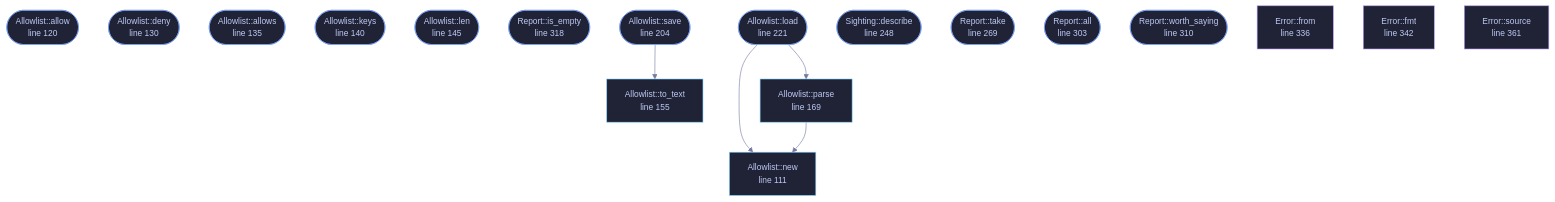
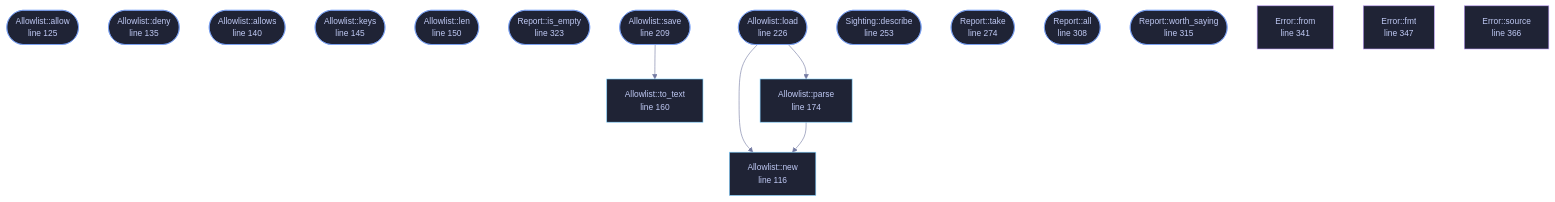
One commit to tilas01/veilvoice changed the diagram in docs/files/veilvoice-capture/lib.md. Above: the diagram before and after it, drawn with Mermaid. The commit also changed other lines of this file and 76 other files, not shown here.

````diff
--- a/docs/files/veilvoice-capture/lib.md
+++ b/docs/files/veilvoice-capture/lib.md
@@ -137,52 +137,52 @@
 ```mermaid
 %%{init: {"theme":"base","themeVariables":{"background":"#1a1b26","primaryColor":"#1f2335","primaryTextColor":"#c0caf5","primaryBorderColor":"#7aa2f7","secondaryColor":"#16161e","tertiaryColor":"#16161e","lineColor":"#737aa2","textColor":"#c0caf5","mainBkg":"#1f2335","nodeBorder":"#7aa2f7","clusterBkg":"#16161e","clusterBorder":"#2f3549","fontFamily":"ui-monospace, SFMono-Regular, Consolas, monospace","fontSize":"14px"}}}%%
 flowchart TD
-    n_new["Allowlist::new<br/>line 111"]
-    n_allow(["Allowlist::allow<br/>line 120"])
-    n_deny(["Allowlist::deny<br/>line 130"])
-    n_allows(["Allowlist::allows<br/>line 135"])
-    n_keys(["Allowlist::keys<br/>line 140"])
-    n_len(["Allowlist::len<br/>line 145"])
-    n_is_empty(["Allowlist::is_empty<br/>line 150"])
-    n_to_text["Allowlist::to_text<br/>line 155"]
-    n_parse["Allowlist::parse<br/>line 169"]
-    n_save(["Allowlist::save<br/>line 204"])
-    n_load(["Allowlist::load<br/>line 221"])
-    n_describe(["Sighting::describe<br/>line 248"])
-    n_take(["Report::take<br/>line 269"])
-    n_all(["Report::all<br/>line 303"])
-    n_worth_saying(["Report::worth_saying<br/>line 310"])
-    n_is_empty(["Report::is_empty<br/>line 318"])
-    n_from["Error::from<br/>line 336"]
-    n_fmt["Error::fmt<br/>line 342"]
-    n_source["Error::source<br/>line 361"]
+    n_new["Allowlist::new<br/>line 116"]
+    n_allow(["Allowlist::allow<br/>line 125"])
+    n_deny(["Allowlist::deny<br/>line 135"])
+    n_allows(["Allowlist::allows<br/>line 140"])
+    n_keys(["Allowlist::keys<br/>line 145"])
+    n_len(["Allowlist::len<br/>line 150"])
+    n_is_empty(["Allowlist::is_empty<br/>line 155"])
+    n_to_text["Allowlist::to_text<br/>line 160"]
+    n_parse["Allowlist::parse<br/>line 174"]
+    n_save(["Allowlist::save<br/>line 209"])
+    n_load(["Allowlist::load<br/>line 226"])
+    n_describe(["Sighting::describe<br/>line 253"])
+    n_take(["Report::take<br/>line 274"])
+    n_all(["Report::all<br/>line 308"])
+    n_worth_saying(["Report::worth_saying<br/>line 315"])
+    n_is_empty(["Report::is_empty<br/>line 323"])
+    n_from["Error::from<br/>line 341"]
+    n_fmt["Error::fmt<br/>line 347"]
+    n_source["Error::source<br/>line 366"]
     n_load --> n_new
     n_load --> n_parse
     n_parse --> n_new
     n_save --> n_to_text
-    click n_new href "https://github.com/tilas01/veilvoice/blob/main/crates/veilvoice-capture/src/lib.rs#L111" "open the source"
-    click n_allow href "https://github.com/tilas01/veilvoice/blob/main/crates/veilvoice-capture/src/lib.rs#L120" "open the source"
-    click n_deny href "https://github.com/tilas01/veilvoice/blob/main/crates/veilvoice-capture/src/lib.rs#L130" "open the source"
-    click n_allows href "https://github.com/tilas01/veilvoice/blob/main/crates/veilvoice-capture/src/lib.rs#L135" "open the source"
-    click n_keys href "https://github.com/tilas01/veilvoice/blob/main/crates/veilvoice-capture/src/lib.rs#L140" "open the source"
-    click n_len href "https://github.com/tilas01/veilvoice/blob/main/crates/veilvoice-capture/src/lib.rs#L145" "open the source"
-    click n_is_empty href "https://github.com/tilas01/veilvoice/blob/main/crates/veilvoice-capture/src/lib.rs#L150" "open the source"
-    click n_to_text href "https://github.com/tilas01/veilvoice/blob/main/crates/veilvoice-capture/src/lib.rs#L155" "open the source"
-    click n_parse href "https://github.com/tilas01/veilvoice/blob/main/crates/veilvoice-capture/src/lib.rs#L169" "open the source"
-    click n_save href "https://github.com/tilas01/veilvoice/blob/main/crates/veilvoice-capture/src/lib.rs#L204" "open the source"
-    click n_load href "https://github.com/tilas01/veilvoice/blob/main/crates/veilvoice-capture/src/lib.rs#L221" "open the source"
-    click n_describe href "https://github.com/tilas01/veilvoice/blob/main/crates/veilvoice-capture/src/lib.rs#L248" "open the source"
-    click n_take href "https://github.com/tilas01/veilvoice/blob/main/crates/veilvoice-capture/src/lib.rs#L269" "open the source"
-    click n_all href "https://github.com/tilas01/veilvoice/blob/main/crates/veilvoice-capture/src/lib.rs#L303" "open the source"
-    click n_worth_saying href "https://github.com/tilas01/veilvoice/blob/main/crates/veilvoice-capture/src/lib.rs#L310" "open the source"
-    click n_is_empty href "https://github.com/tilas01/veilvoice/blob/main/crates/veilvoice-capture/src/lib.rs#L318" "open the source"
-    click n_from href "https://github.com/tilas01/veilvoice/blob/main/crates/veilvoice-capture/src/lib.rs#L336" "open the source"
-    click n_fmt href "https://github.com/tilas01/veilvoice/blob/main/crates/veilvoice-capture/src/lib.rs#L342" "open the source"
-    click n_source href "https://github.com/tilas01/veilvoice/blob/main/crates/veilvoice-capture/src/lib.rs#L361" "open the source"
+    click n_new href "https://github.com/tilas01/veilvoice/blob/main/crates/veilvoice-capture/src/lib.rs#L116" "open the source"
+    click n_allow href "https://github.com/tilas01/veilvoice/blob/main/crates/veilvoice-capture/src/lib.rs#L125" "open the source"
+    click n_deny href "https://github.com/tilas01/veilvoice/blob/main/crates/veilvoice-capture/src/lib.rs#L135" "open the source"
+    click n_allows href "https://github.com/tilas01/veilvoice/blob/main/crates/veilvoice-capture/src/lib.rs#L140" "open the source"
+    click n_keys href "https://github.com/tilas01/veilvoice/blob/main/crates/veilvoice-capture/src/lib.rs#L145" "open the source"
+    click n_len href "https://github.com/tilas01/veilvoice/blob/main/crates/veilvoice-capture/src/lib.rs#L150" "open the source"
+    click n_is_empty href "https://github.com/tilas01/veilvoice/blob/main/crates/veilvoice-capture/src/lib.rs#L155" "open the source"
+    click n_to_text href "https://github.com/tilas01/veilvoice/blob/main/crates/veilvoice-capture/src/lib.rs#L160" "open the source"
+    click n_parse href "https://github.com/tilas01/veilvoice/blob/main/crates/veilvoice-capture/src/lib.rs#L174" "open the source"
+    click n_save href "https://github.com/tilas01/veilvoice/blob/main/crates/veilvoice-capture/src/lib.rs#L209" "open the source"
+    click n_load href "https://github.com/tilas01/veilvoice/blob/main/crates/veilvoice-capture/src/lib.rs#L226" "open the source"
+    click n_describe href "https://github.com/tilas01/veilvoice/blob/main/crates/veilvoice-capture/src/lib.rs#L253" "open the source"
+    click n_take href "https://github.com/tilas01/veilvoice/blob/main/crates/veilvoice-capture/src/lib.rs#L274" "open the source"
+    click n_all href "https://github.com/tilas01/veilvoice/blob/main/crates/veilvoice-capture/src/lib.rs#L308" "open the source"
+    click n_worth_saying href "https://github.com/tilas01/veilvoice/blob/main/crates/veilvoice-capture/src/lib.rs#L315" "open the source"
+    click n_is_empty href "https://github.com/tilas01/veilvoice/blob/main/crates/veilvoice-capture/src/lib.rs#L323" "open the source"
+    click n_from href "https://github.com/tilas01/veilvoice/blob/main/crates/veilvoice-capture/src/lib.rs#L341" "open the source"
+    click n_fmt href "https://github.com/tilas01/veilvoice/blob/main/crates/veilvoice-capture/src/lib.rs#L347" "open the source"
+    click n_source href "https://github.com/tilas01/veilvoice/blob/main/crates/veilvoice-capture/src/lib.rs#L366" "open the source"
     classDef entry fill:#1f2335,stroke:#7aa2f7,color:#c0caf5
     class n_allow,n_deny,n_allows,n_keys,n_len,n_is_empty,n_save,n_load,n_describe,n_take,n_all,n_worth_saying,n_is_empty entry
     classDef api fill:#1f2335,stroke:#7dcfff,color:#c0caf5
     class n_new,n_to_text,n_parse api
     classDef helper fill:#1f2335,stroke:#bb9af7,color:#c0caf5
     class n_from,n_fmt,n_source helper
 ```
````
